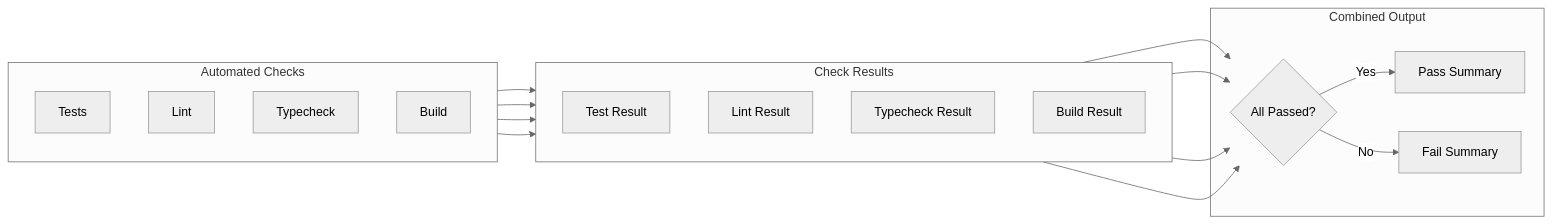
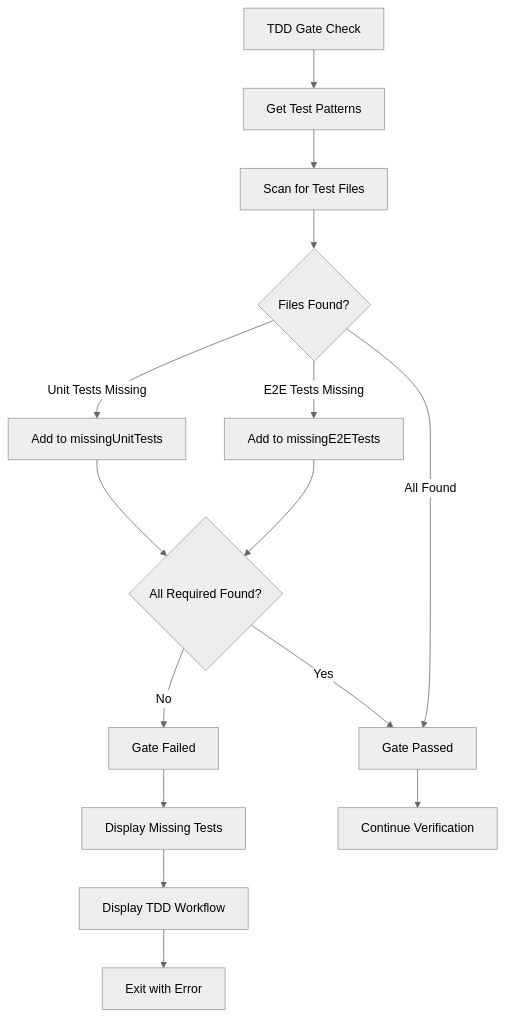
One commit to jerejones/agent-foreman changed the second of 2 diagrams in docs/commands/check.md. Above: the diagram before and after it, drawn with Mermaid (neutral theme). The commit also changed other lines of this file and 379 other files, not shown here.

````diff
--- a/docs/commands/check.md
+++ b/docs/commands/check.md
@@ -206,37 +123,21 @@
 ```mermaid
-flowchart LR
-    subgraph Checks["Automated Checks"]
-        direction TB
-        Tests[Tests]
-        Lint[Lint]
-        Typecheck[Typecheck]
-        Build[Build]
-    end
+flowchart TD
+    A[TDD Gate Check] --> B[Get Test Patterns]
+    B --> C[Scan for Test Files]
+    C --> D{Files Found?}
 
-    subgraph Results["Check Results"]
-        direction TB
-        TestResult[Test Result]
-        LintResult[Lint Result]
-        TypeResult[Typecheck Result]
-        BuildResult[Build Result]
-    end
+    D -->|Unit Tests Missing| E[Add to missingUnitTests]
+    D -->|E2E Tests Missing| F[Add to missingE2ETests]
+    D -->|All Found| G[Gate Passed]
 
-    subgraph Output["Combined Output"]
-        AllPassed{All Passed?}
-        PassSummary[Pass Summary]
-        FailSummary[Fail Summary]
-    end
+    E --> H{All Required Found?}
+    F --> H
+    H -->|No| I[Gate Failed]
+    H -->|Yes| G
 
-    Tests --> TestResult
-    Lint --> LintResult
-    Typecheck --> TypeResult
-    Build --> BuildResult
+    I --> J[Display Missing Tests]
+    J --> K[Display TDD Workflow]
+    K --> L[Exit with Error]
 
-    TestResult --> AllPassed
-    LintResult --> AllPassed
-    TypeResult --> AllPassed
-    BuildResult --> AllPassed
-
-    AllPassed -->|Yes| PassSummary
-    AllPassed -->|No| FailSummary
+    G --> M[Continue Verification]
 ```
````
